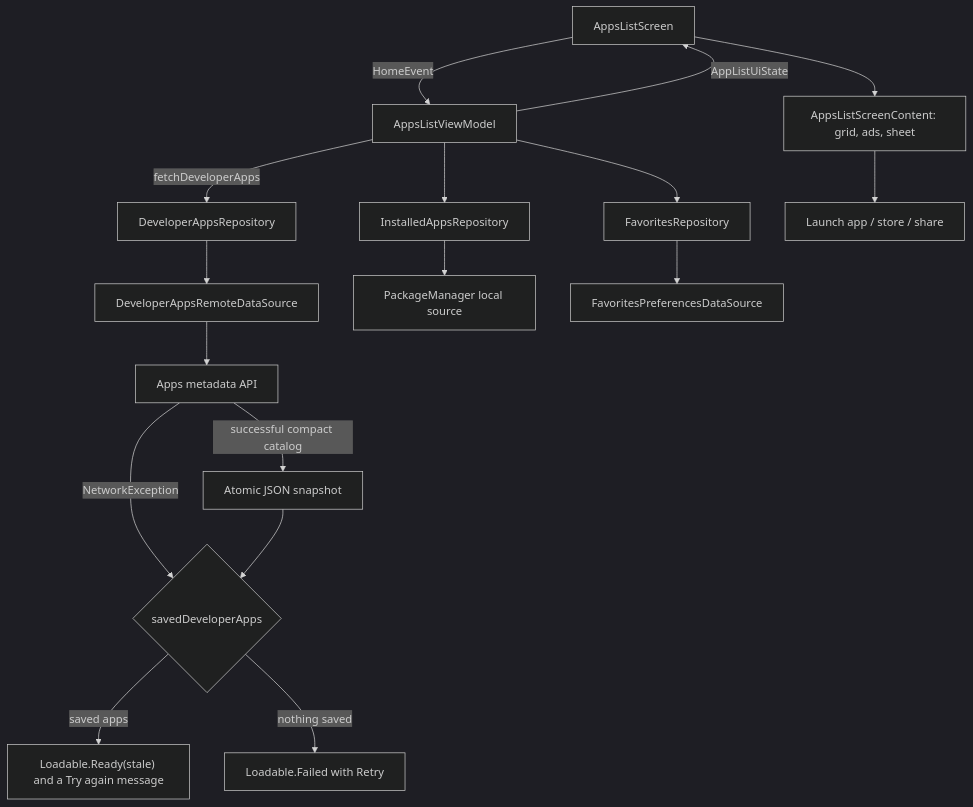
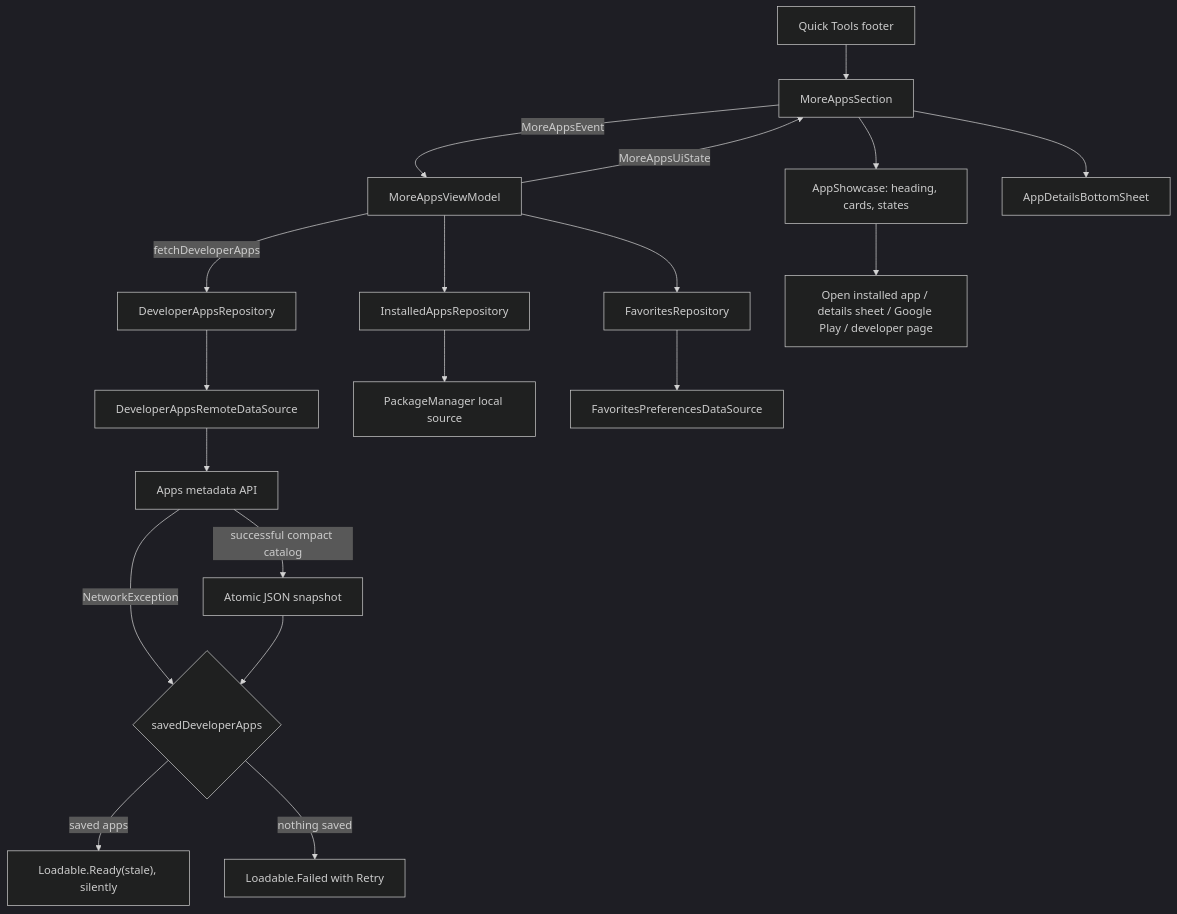
One commit to MihaiCristianCondrea/App-Toolkit-for-Android changed the diagram in sample/feature/apps/README.md. Above: the diagram before and after it, drawn with Mermaid (dark theme). The commit also changed other lines of this file and 101 other files, not shown here.

First line of the commit message:
Replace the Apps page with a More apps carousel at the end of Quick Tools

````diff
--- a/sample/feature/apps/README.md
+++ b/sample/feature/apps/README.md
@@ -50,19 +53,21 @@
 ```mermaid
 flowchart TD
-    Screen[AppsListScreen] -->|HomeEvent| VM[AppsListViewModel]
+    QuickTools[Quick Tools footer] --> Section[MoreAppsSection]
+    Section -->|MoreAppsEvent| VM[MoreAppsViewModel]
     VM -->|fetchDeveloperApps| Developer[DeveloperAppsRepository]
     Developer --> Remote[DeveloperAppsRemoteDataSource]
     Remote --> Api[Apps metadata API]
     Api -->|successful compact catalog| Cache[Atomic JSON snapshot]
     Api -->|NetworkException| Fallback{savedDeveloperApps}
     Cache --> Fallback
-    Fallback -->|saved apps| Stale["Loadable.Ready(stale) and a Try again message"]
+    Fallback -->|saved apps| Stale["Loadable.Ready(stale), silently"]
     Fallback -->|nothing saved| Failed[Loadable.Failed with Retry]
     VM --> Installed[InstalledAppsRepository]
     Installed --> Packages[PackageManager local source]
     VM --> Favorites[FavoritesRepository]
     Favorites --> Store[FavoritesPreferencesDataSource]
-    VM -->|AppListUiState| Screen
-    Screen --> Content[AppsListScreenContent: grid, ads, sheet]
-    Content --> Actions[Launch app / store / share]
+    VM -->|MoreAppsUiState| Section
+    Section --> Showcase[AppShowcase: heading, cards, states]
+    Section --> Sheet[AppDetailsBottomSheet]
+    Showcase --> Actions[Open installed app / details sheet / Google Play / developer page]
 ```
````
